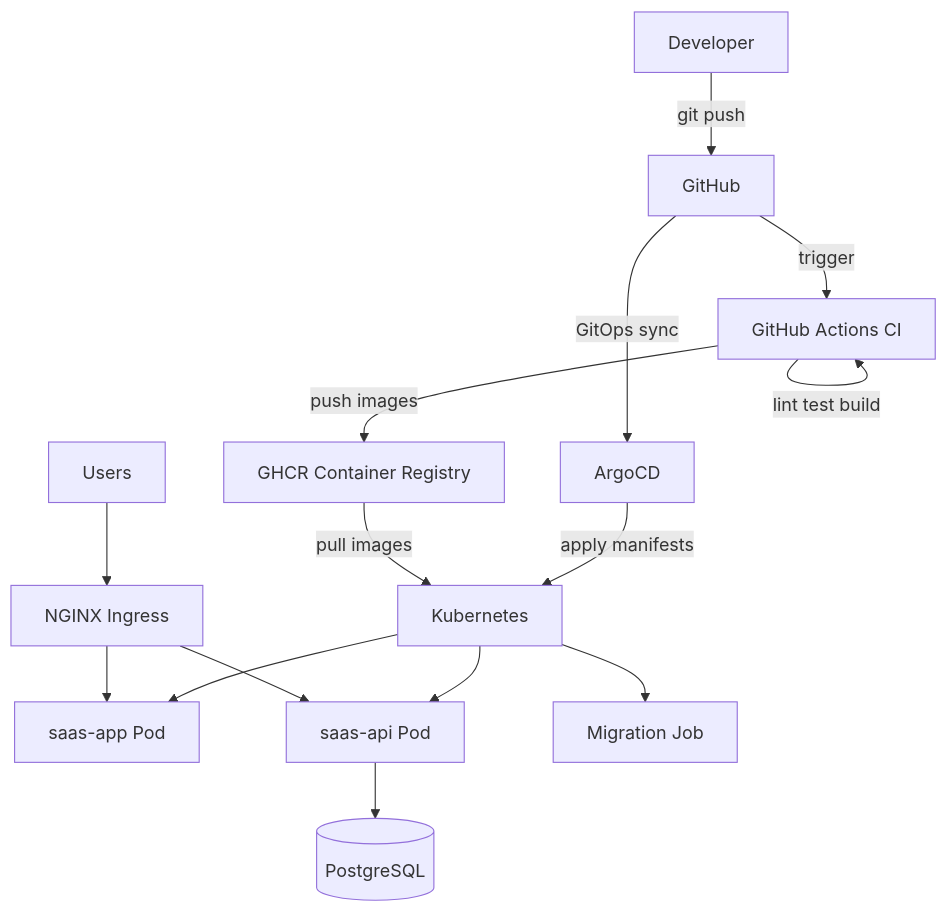
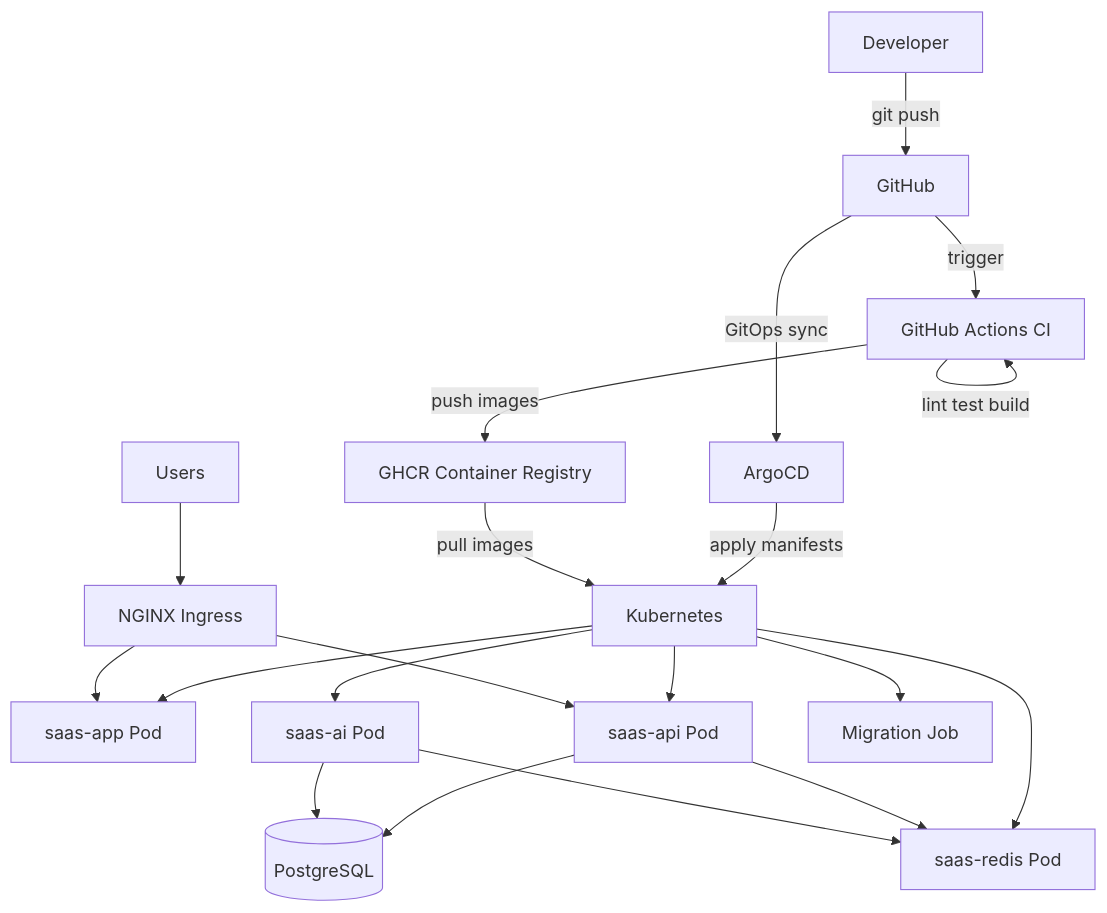
Before and after one commit to Khalil-Bchir/full-stack-saas-boilerplate: the fifth of 5 diagrams in doc/architecture/overview.md, drawn with Mermaid. The commit also changed other lines of this file and 91 other files, not shown here.

````diff
--- a/doc/architecture/overview.md
+++ b/doc/architecture/overview.md
@@ -86,19 +126,24 @@
 ```mermaid
 flowchart TB
     Dev[Developer] -->|git push| GH[GitHub]
     GH -->|trigger| GHA[GitHub Actions CI]
     GHA -->|lint test build| GHA
     GHA -->|push images| GHCR[GHCR Container Registry]
 
     GH -->|GitOps sync| Argo[ArgoCD]
     Argo -->|apply manifests| K8s[Kubernetes]
 
     GHCR -->|pull images| K8s
     K8s --> AppPod[saas-app Pod]
     K8s --> APIPod[saas-api Pod]
+    K8s --> AIPod[saas-ai Pod]
+    K8s --> RedisPod[saas-redis Pod]
     K8s --> MigrateJob[Migration Job]
     APIPod --> PG[(PostgreSQL)]
+    APIPod --> RedisPod
+    AIPod --> RedisPod
+    AIPod --> PG
     Ingress[NGINX Ingress] --> AppPod
     Ingress --> APIPod
     Users[Users] --> Ingress
 ```
````
